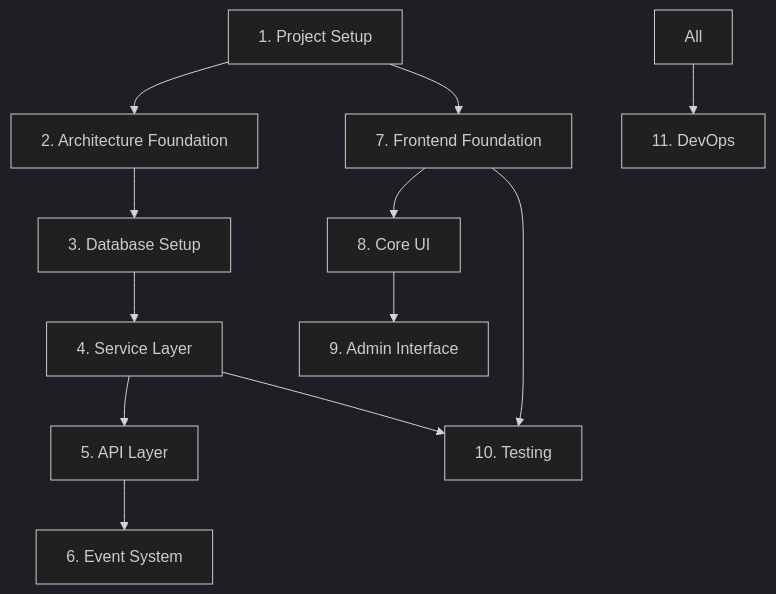
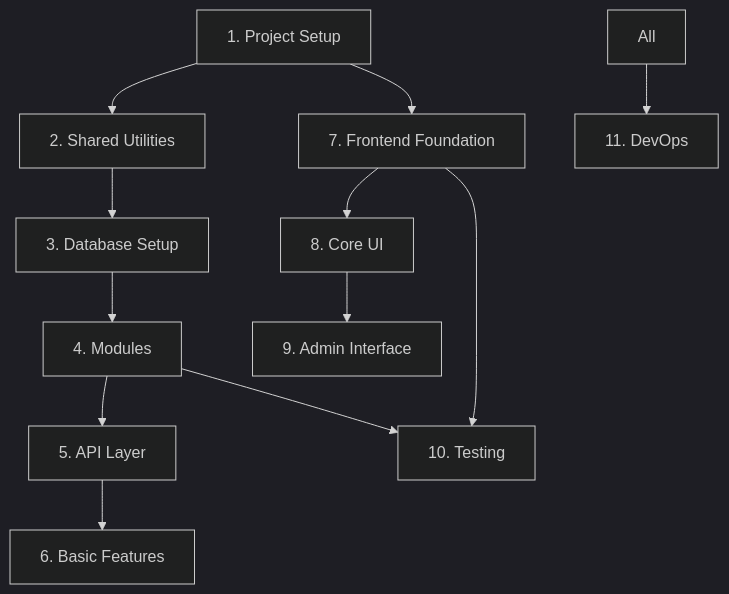
Before and after one commit to Kaniikura/certquiz: the diagram in docs/task-list.md, drawn with Mermaid (dark theme). The commit also changed other lines of this file, not shown here.

First line of the commit message:
📝 docs(task-list): merge Phase 1 architecture updates with task restructuring

````diff
--- a/docs/task-list.md
+++ b/docs/task-list.md
@@ -587,17 +551,17 @@
 ```mermaid
 graph TD
-    A[1. Project Setup] --> B[2. Architecture Foundation]
+    A[1. Project Setup] --> B[2. Shared Utilities]
     B --> C[3. Database Setup]
-    C --> D[4. Service Layer]
+    C --> D[4. Modules]
     D --> E[5. API Layer]
-    E --> F[6. Event System]
+    E --> F[6. Basic Features]
     
     A --> G[7. Frontend Foundation]
     G --> H[8. Core UI]
     H --> I[9. Admin Interface]
     
     D --> J[10. Testing]
     G --> J
     
     All --> K[11. DevOps]
 ```
````
